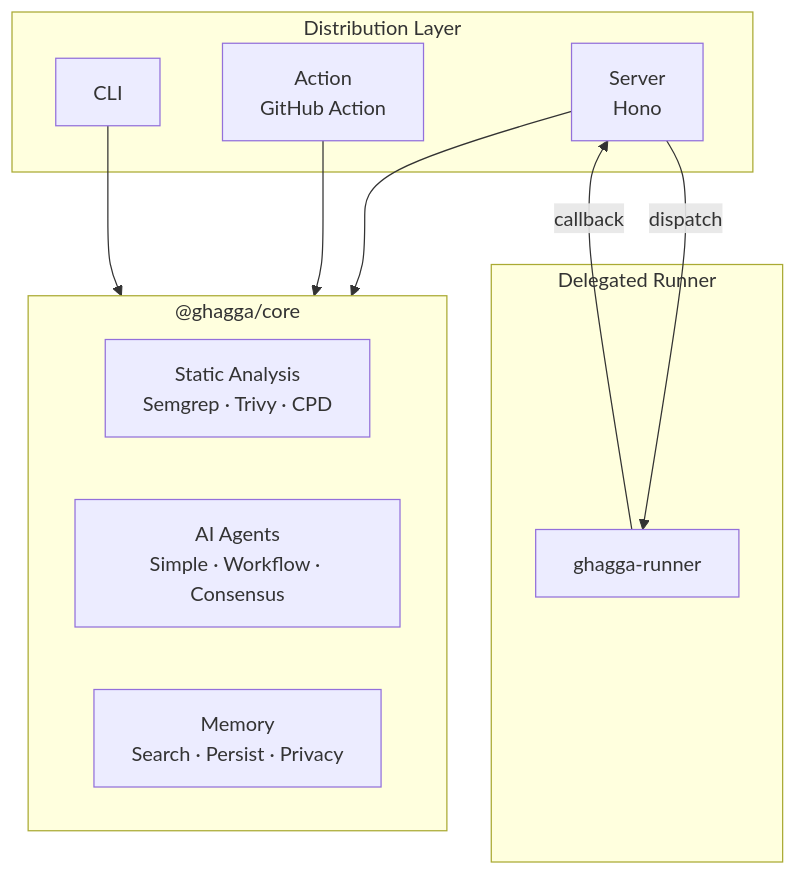
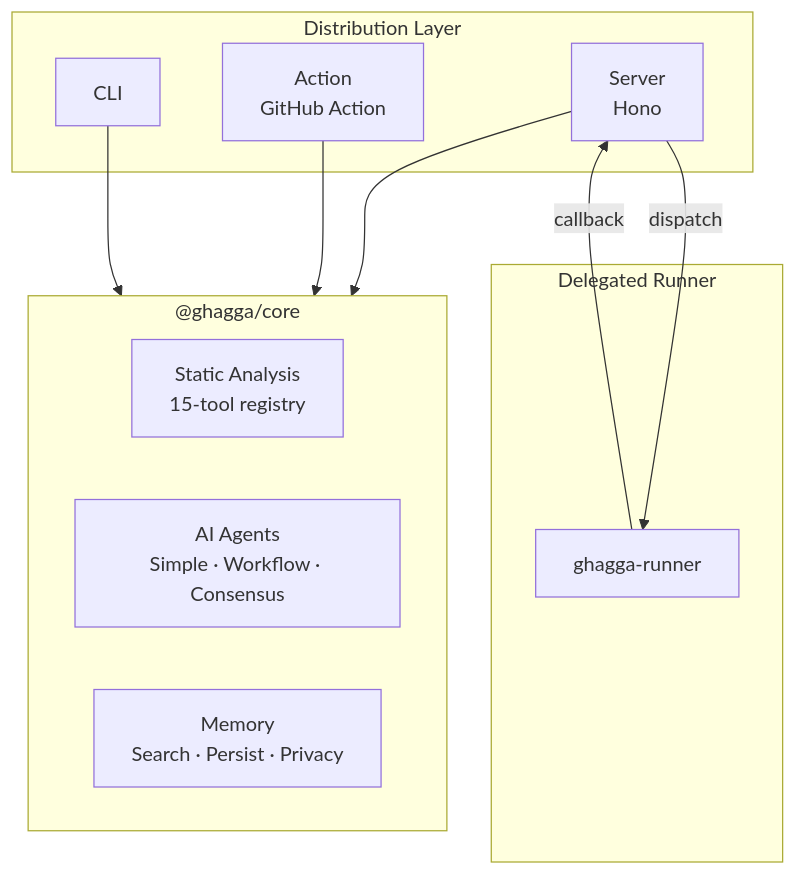
The diagram in docs/README.md (actions-marketplace-validations/JNZader_ghagga), drawn with Mermaid before and after one commit. The commit also changed other lines of this file and 9 other files, not shown here.

First line of the commit message:
docs: update all documentation for extensible static analysis (3→15 tools)

````diff
--- a/docs/README.md
+++ b/docs/README.md
@@ -42,24 +42,24 @@
 ```mermaid
 graph TB
   subgraph Distribution["Distribution Layer"]
     Server["Server<br/>Hono"]
     Action["Action<br/>GitHub Action"]
     CLI["CLI"]
   end
 
   subgraph Runner["Delegated Runner"]
     RunnerRepo["ghagga-runner"]
   end
 
   subgraph Core["@ghagga/core"]
-    SA["Static Analysis<br/>Semgrep · Trivy · CPD"]
+    SA["Static Analysis<br/>15-tool registry"]
     Agents["AI Agents<br/>Simple · Workflow · Consensus"]
     Memory["Memory<br/>Search · Persist · Privacy"]
   end
 
   Server -- "dispatch" --> RunnerRepo
   RunnerRepo -- "callback" --> Server
   Server --> Core
   Action --> Core
   CLI --> Core
 ```
````
